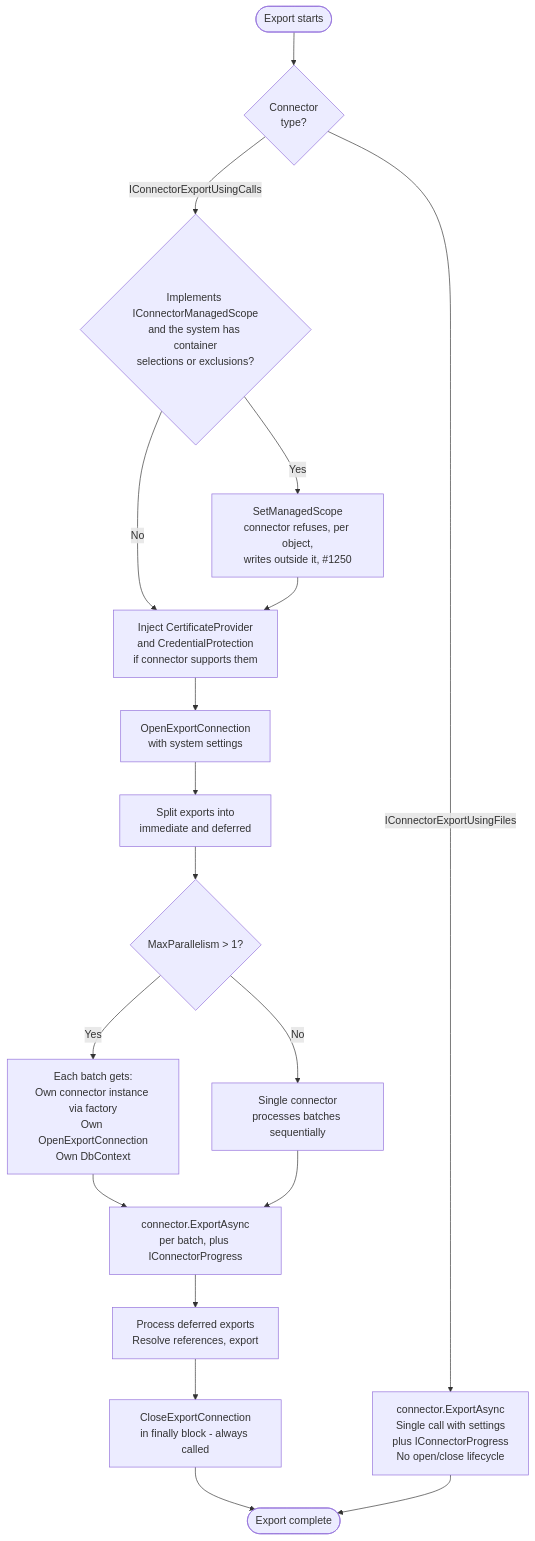
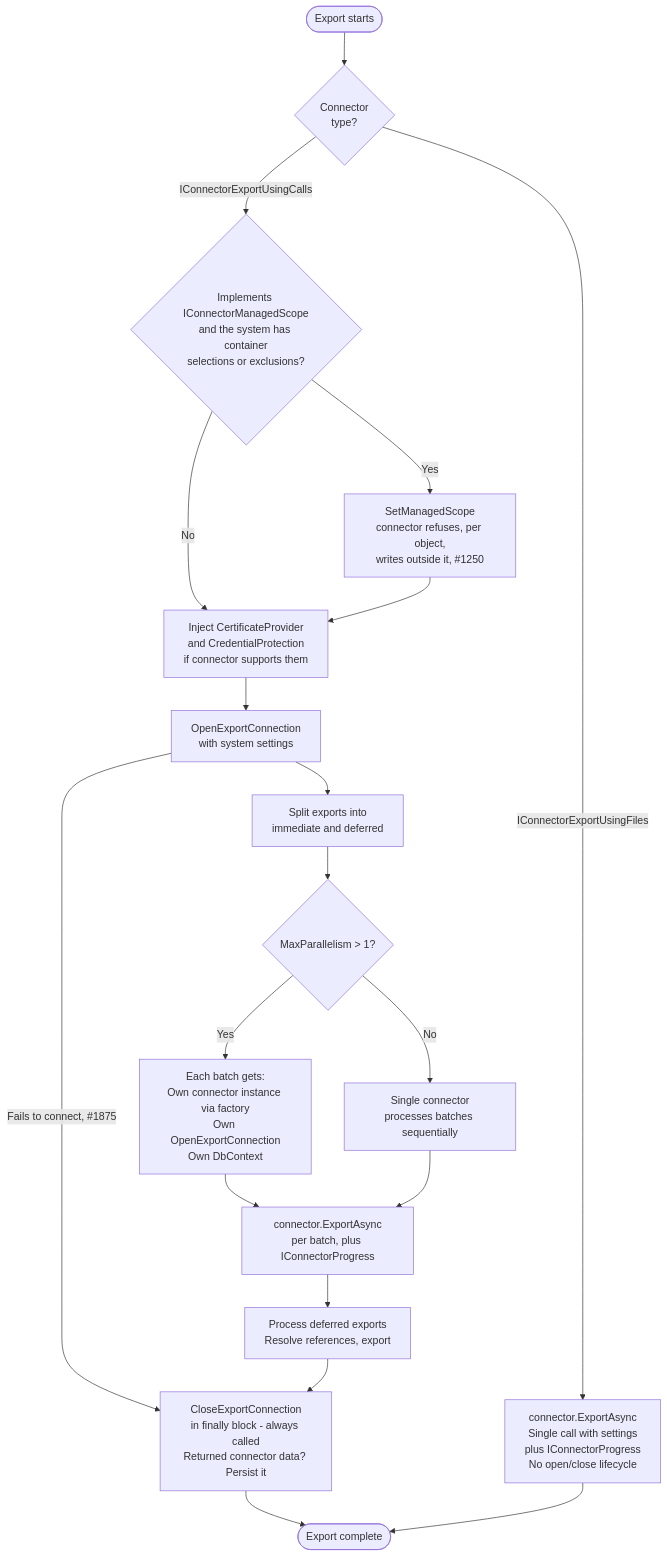
The fifth of 7 diagrams in docs/developer/diagrams/CONNECTOR_LIFECYCLE.md (TetronIO/JIM), drawn with Mermaid before and after one commit. The commit also changed other lines of this file and 28 other files, not shown here.

First line of the commit message:
docs: update documentation and diagrams for v0.16.0 release

````diff
--- a/docs/developer/diagrams/CONNECTOR_LIFECYCLE.md
+++ b/docs/developer/diagrams/CONNECTOR_LIFECYCLE.md
@@ -123,28 +123,29 @@
 ```mermaid
 flowchart TD
     Start([Export starts]) --> CheckType{Connector<br/>type?}
 
     %% --- Call-based connector ---
     CheckType -->|IConnectorExportUsingCalls| ManagedScope{Implements IConnectorManagedScope<br/>and the system has container<br/>selections or exclusions?}
     ManagedScope -->|Yes| SetScope[SetManagedScope<br/>connector refuses, per object,<br/>writes outside it, #1250]
     ManagedScope -->|No| InjectCert
     SetScope --> InjectCert[Inject CertificateProvider<br/>and CredentialProtection<br/>if connector supports them]
     InjectCert --> Open[OpenExportConnection<br/>with system settings]
 
+    Open -->|Fails to connect, #1875| CloseExport
     Open --> SplitExports[Split exports into<br/>immediate and deferred]
     SplitExports --> CheckParallel{MaxParallelism > 1?}
 
     CheckParallel -->|Yes| ParallelExport[Each batch gets:<br/>Own connector instance via factory<br/>Own OpenExportConnection<br/>Own DbContext]
     CheckParallel -->|No| SequentialExport[Single connector<br/>processes batches sequentially]
 
     ParallelExport --> BatchLoop[connector.ExportAsync<br/>per batch, plus IConnectorProgress]
     SequentialExport --> BatchLoop
 
     BatchLoop --> Deferred[Process deferred exports<br/>Resolve references, export]
-    Deferred --> CloseExport[CloseExportConnection<br/>in finally block - always called]
+    Deferred --> CloseExport[CloseExportConnection<br/>in finally block - always called<br/>Returned connector data? Persist it]
     CloseExport --> Done([Export complete])
 
     %% --- File-based connector ---
     CheckType -->|IConnectorExportUsingFiles| FileExport[connector.ExportAsync<br/>Single call with settings<br/>plus IConnectorProgress<br/>No open/close lifecycle]
     FileExport --> Done
 ```
````
